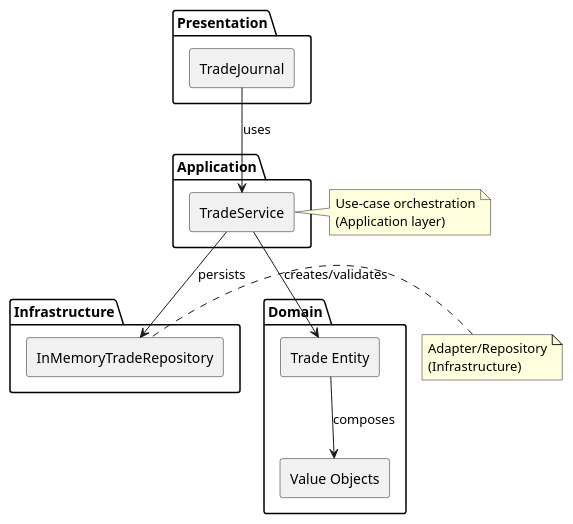
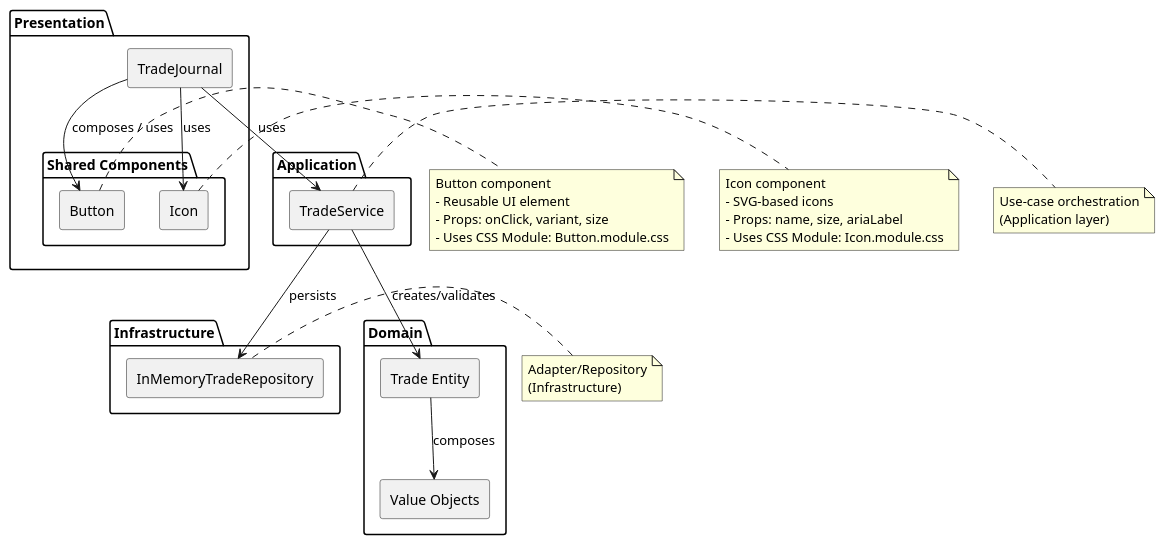
Before and after one commit to monkey-trader/traders-mirror: the diagram in docs/diagrams/custom_components.puml, drawn with PlantUML. The commit also changed 2 other files, not shown here.

```diff
--- a/docs/diagrams/custom_components.puml
+++ b/docs/diagrams/custom_components.puml
@@ -1,39 +1,61 @@
 @startuml
 ' Custom components diagram for Traders Mirror
 skinparam componentStyle rectangle
 
 package "Presentation" {
   [TradeJournal] as TJ
+
+  package "Shared Components" {
+    [Button] as Btn
+    [Icon] as Ic
+  }
 }
 
 package "Application" {
   [TradeService] as TS
 }
 
 package "Domain" {
   [Trade Entity] as TradeEntity
   [Value Objects] as VOs
 }
 
 package "Infrastructure" {
   [InMemoryTradeRepository] as Repo
 }
 
 ' Dependencies
 TJ --> TS : uses
+TJ --> Btn : composes / uses
+TJ --> Ic : uses
 TS --> Repo : persists
 TS --> TradeEntity : creates/validates
 TradeEntity --> VOs : composes
+
+' Component descriptions (notes)
+note right of Btn
+  Button component
+  - Reusable UI element
+  - Props: onClick, variant, size
+  - Uses CSS Module: Button.module.css
+end note
+
+note right of Ic
+  Icon component
+  - SVG-based icons
+  - Props: name, size, ariaLabel
+  - Uses CSS Module: Icon.module.css
+end note
 
 ' Add a small notes box for architecture
 note right of TS
   Use-case orchestration
   (Application layer)
 end note
 
 note left of Repo
   Adapter/Repository
   (Infrastructure)
 end note
 
 @enduml
```
